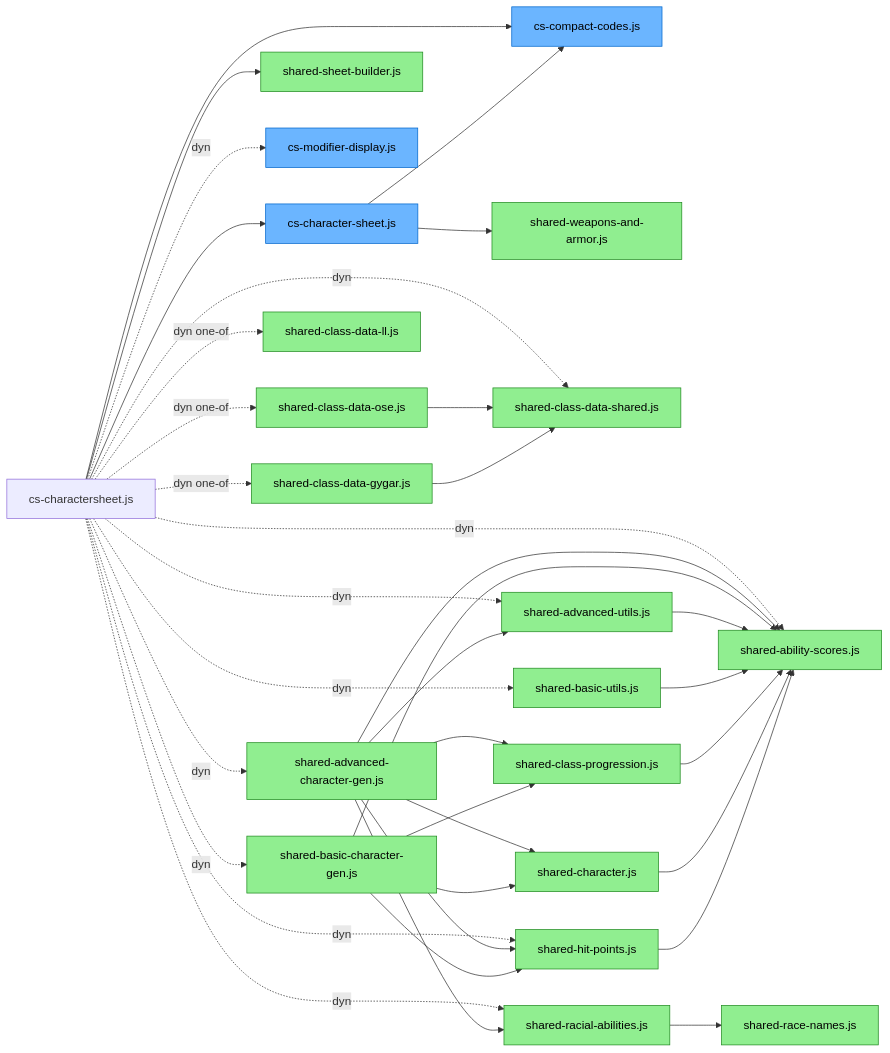
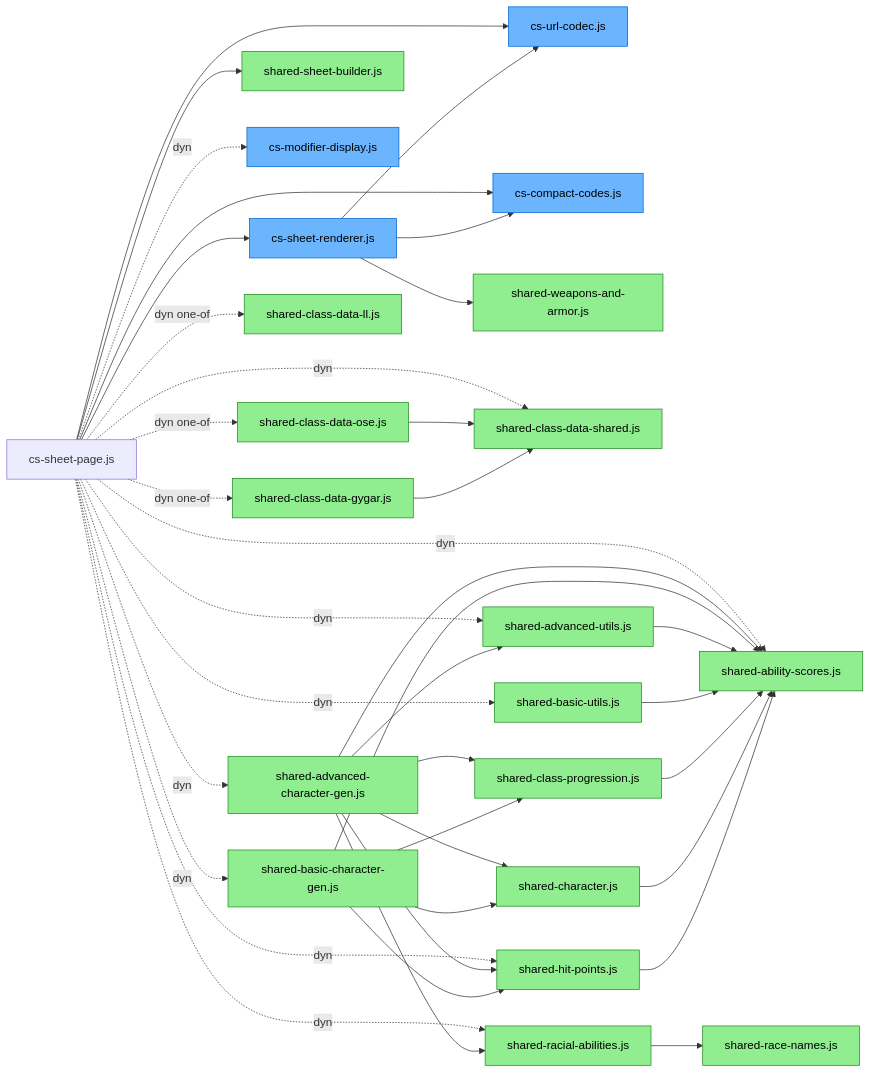
One commit to bmfrosty/ose-level-0 changed the first of 2 diagrams in FLOWCHART.md. Above: the diagram before and after it, drawn with Mermaid. The commit also changed other lines of this file and 12 other files, not shown here.

````diff
--- a/FLOWCHART.md
+++ b/FLOWCHART.md
@@ -22,75 +22,78 @@
 ```mermaid
 flowchart LR
     classDef shared fill:#90EE90,stroke:#228B22,color:#000
     classDef csOnly fill:#6bb5ff,stroke:#0066cc,color:#000
 
-    csjs["cs-charactersheet.js"]
+    csjs["cs-sheet-page.js"]
 
-    charsheetjs["cs-character-sheet.js"]
+    charsheetjs["cs-sheet-renderer.js"]
+    codec["cs-url-codec.js"]
     sheetbuilder["shared-sheet-builder.js"]
     compact["cs-compact-codes.js"]
     wa["shared-weapons-and-armor.js"]
     abilsc["shared-ability-scores.js"]
     modeff["cs-modifier-display.js"]
     cdshared["shared-class-data-shared.js"]
     cdose["shared-class-data-ose.js"]
     cdgygar["shared-class-data-gygar.js"]
     cdll["shared-class-data-ll.js"]
     racial["shared-racial-abilities.js"]
     racenames["shared-race-names.js"]
     advutils["shared-advanced-utils.js"]
     advgen["shared-advanced-character-gen.js"]
     basicgen["shared-basic-character-gen.js"]
     basicutils["shared-basic-utils.js"]
     hp["shared-hit-points.js"]
     clsprog["shared-class-progression.js"]
     char["shared-character.js"]
 
     class sheetbuilder,wa,abilsc,cdshared,cdose,cdgygar,cdll,racial,racenames,advutils,advgen,basicgen,basicutils,hp,clsprog,char shared
-    class charsheetjs,compact,modeff csOnly
+    class charsheetjs,codec,compact,modeff csOnly
 
     %% static imports
     csjs --> charsheetjs
+    csjs --> codec
     csjs --> compact
     csjs --> sheetbuilder
 
     %% dynamic imports
     csjs -.->|dyn| abilsc
     csjs -.->|dyn| modeff
     csjs -.->|dyn| cdshared
     csjs -.->|dyn one-of| cdose
     csjs -.->|dyn one-of| cdgygar
     csjs -.->|dyn one-of| cdll
     csjs -.->|dyn| racial
     csjs -.->|dyn| advutils
     csjs -.->|dyn| advgen
     csjs -.->|dyn| basicgen
     csjs -.->|dyn| basicutils
     csjs -.->|dyn| hp
 
     charsheetjs --> compact
     charsheetjs --> wa
+    charsheetjs --> codec
 
     cdose   --> cdshared
     cdgygar --> cdshared
 
     racial --> racenames
 
     advgen --> abilsc
     advgen --> hp
     advgen --> clsprog
     advgen --> racial
     advgen --> char
     advgen --> advutils
 
     basicgen --> abilsc
     basicgen --> hp
     basicgen --> clsprog
     basicgen --> char
 
     advutils  --> abilsc
     basicutils --> abilsc
     clsprog   --> abilsc
     char      --> abilsc
     hp        --> abilsc
 ```
````
